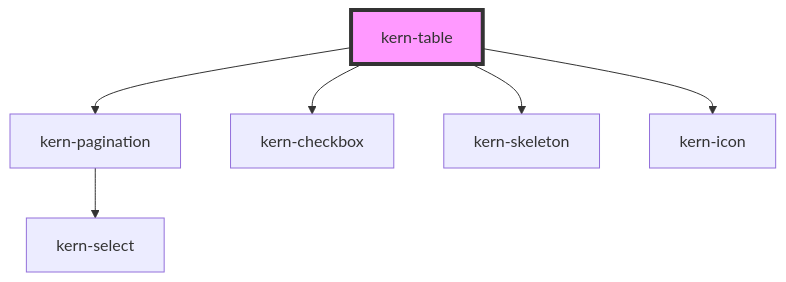
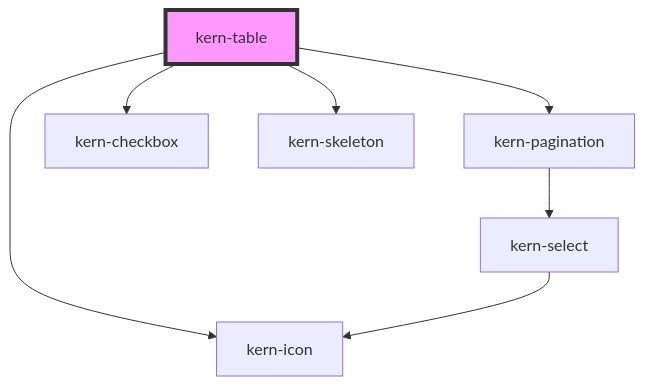
One commit to yfridelance/kern changed the diagram in src/components/kern-table/readme.md. Above: the diagram before and after it, drawn with Mermaid. The commit also changed 27 other files, not shown here.

First line of the commit message:
kern-language-select: Sprachumschalter

````diff
--- a/src/components/kern-table/readme.md
+++ b/src/components/kern-table/readme.md
@@ -582,9 +582,10 @@
 ```mermaid
 graph TD;
   kern-table --> kern-pagination
   kern-table --> kern-checkbox
   kern-table --> kern-skeleton
   kern-table --> kern-icon
   kern-pagination --> kern-select
+  kern-select --> kern-icon
   style kern-table fill:#f9f,stroke:#333,stroke-width:4px
 ```
````
